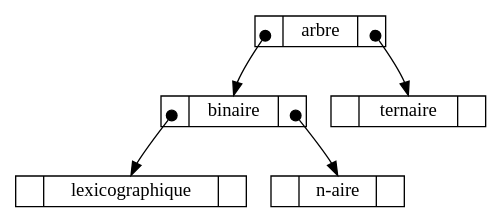
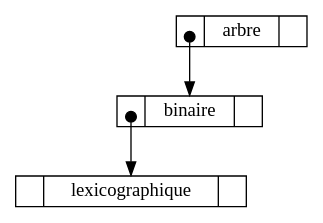
The diagram in A2.dot (AnriOfAstora94/DM_algo_des_arbres), drawn with Graphviz before and after one commit. The commit also changed 4 other files, not shown here.

```diff
--- a/A2.dot
+++ b/A2.dot
@@ -1,8 +1,6 @@
 digraph arbre {
 node [shape=record, height=.1]
 edge [tailclip=false, arrowtail = dot, dir=both];
-n0x55963a71e6d0 [label="<gauche > | <valeur > arbre | <droite >"]n0x55963a71e6d0:droite:c -> n0x55963a71e7d0:valeur
-n0x55963a71e7d0 [label="<gauche > | <valeur > ternaire | <droite >"]n0x55963a71e6d0:gauche:c -> n0x55963a71e710:valeur
-n0x55963a71e710 [label="<gauche > | <valeur > binaire | <droite >"]n0x55963a71e710:droite:c -> n0x55963a71e790:valeur
-n0x55963a71e790 [label="<gauche > | <valeur > n-aire | <droite >"]n0x55963a71e710:gauche:c -> n0x55963a71e750:valeur
-n0x55963a71e750 [label="<gauche > | <valeur > lexicographique | <droite >"]}
+n0x55a743b06ae0 [label="<gauche > | <valeur > arbre | <droite >"]n0x55a743b06ae0:gauche:c -> n0x55a743b06b20:valeur
+n0x55a743b06b20 [label="<gauche > | <valeur > binaire | <droite >"]n0x55a743b06b20:gauche:c -> n0x55a743b06b60:valeur
+n0x55a743b06b60 [label="<gauche > | <valeur > lexicographique | <droite >"]}
```
